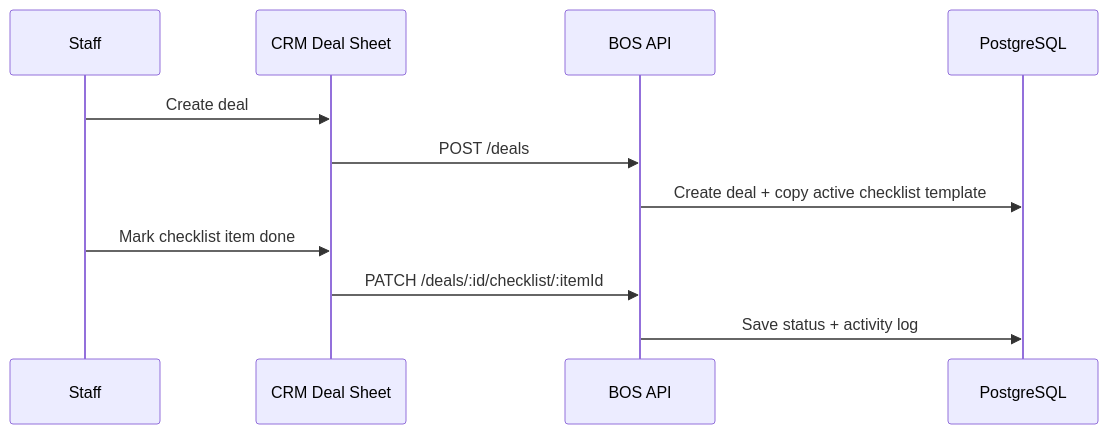
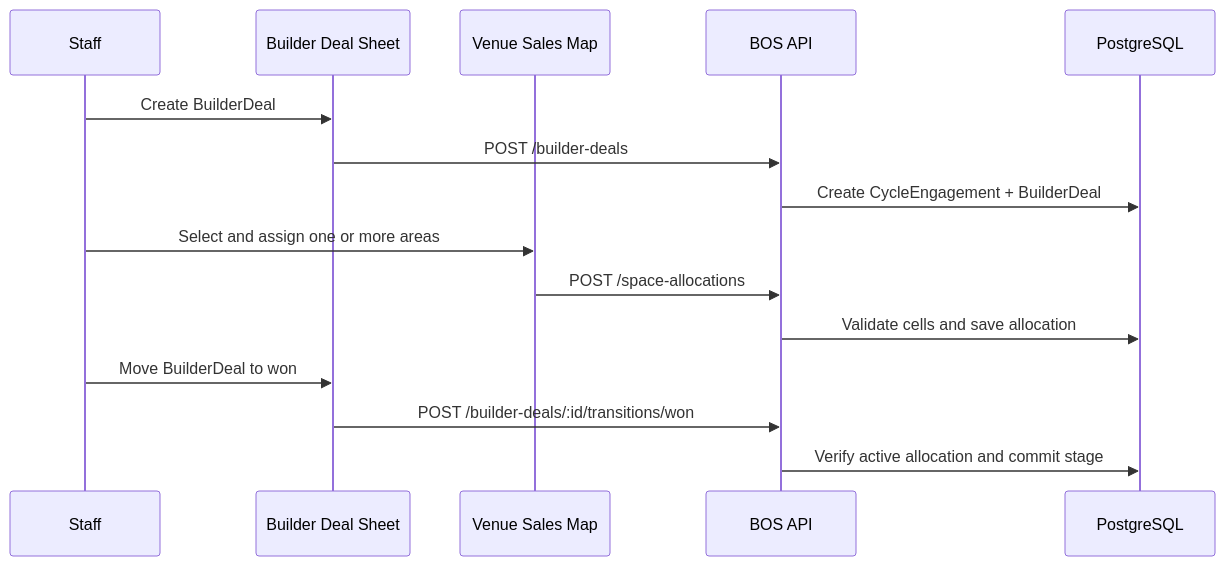
Before and after one commit to neetrino/BigProjects_BOS: the fourth of 6 diagrams in docs/01-ARCHITECTURE.md, drawn with Mermaid. The commit also changed other lines of this file and 72 other files, not shown here.

Commit message:
docs: define CRM and venue map release scope

````diff
--- a/docs/01-ARCHITECTURE.md
+++ b/docs/01-ARCHITECTURE.md
@@ -200,14 +200,18 @@
 ```mermaid
 sequenceDiagram
   participant Staff as Staff
-  participant CRM as CRM Deal Sheet
+  participant CRM as Builder Deal Sheet
+  participant Map as Venue Sales Map
   participant API as BOS API
   participant DB as PostgreSQL
 
-  Staff->>CRM: Create deal
-  CRM->>API: POST /deals
-  API->>DB: Create deal + copy active checklist template
-  Staff->>CRM: Mark checklist item done
-  CRM->>API: PATCH /deals/:id/checklist/:itemId
-  API->>DB: Save status + activity log
+  Staff->>CRM: Create BuilderDeal
+  CRM->>API: POST /builder-deals
+  API->>DB: Create CycleEngagement + BuilderDeal
+  Staff->>Map: Select and assign one or more areas
+  Map->>API: POST /space-allocations
+  API->>DB: Validate cells and save allocation
+  Staff->>CRM: Move BuilderDeal to won
+  CRM->>API: POST /builder-deals/:id/transitions/won
+  API->>DB: Verify active allocation and commit stage
 ```
````
